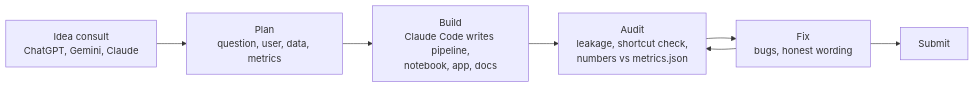
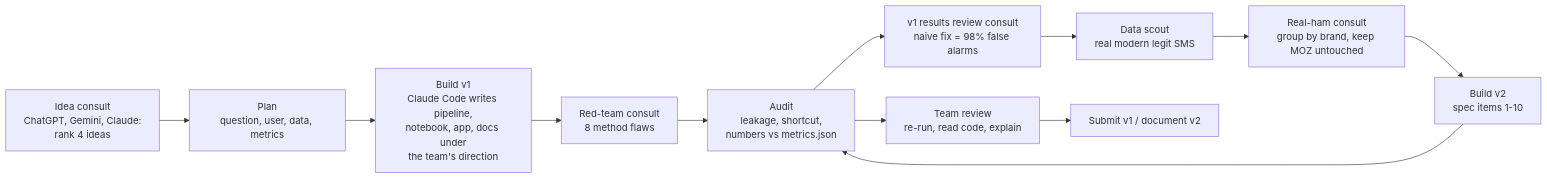
Before and after one commit to KnigguKniggu-droid/scam-drift: the third of 4 diagrams in docs/PLAN.md, drawn with Mermaid. The commit also changed other lines of this file and 28 other files, not shown here.

Commit message:
Post-deadline v2 (Nov 18): real-legit fix variants, three-tier triage, half-life, learning curve, multilingual pairing, audits

````diff
--- a/docs/PLAN.md
+++ b/docs/PLAN.md
@@ -46,9 +64,14 @@
 ```mermaid
 flowchart LR
-    I[Idea consult<br/>ChatGPT, Gemini, Claude] --> P[Plan<br/>question, user, data, metrics]
-    P --> B[Build<br/>Claude Code writes pipeline,<br/>notebook, app, docs]
-    B --> A[Audit<br/>leakage, shortcut check,<br/>numbers vs metrics.json]
-    A --> F[Fix<br/>bugs, honest wording]
-    F --> A
-    F --> S[Submit]
+    I[Idea consult<br/>ChatGPT, Gemini, Claude:<br/>rank 4 ideas] --> P[Plan<br/>question, user, data, metrics]
+    P --> B[Build v1<br/>Claude Code writes pipeline,<br/>notebook, app, docs under<br/>the team's direction]
+    B --> RT[Red-team consult<br/>8 method flaws]
+    RT --> A[Audit<br/>leakage, shortcut,<br/>numbers vs metrics.json]
+    A --> V1[v1 results review consult<br/>naive fix = 98% false alarms]
+    V1 --> D[Data scout<br/>real modern legit SMS]
+    D --> RH[Real-ham consult<br/>group by brand, keep MOZ untouched]
+    RH --> B2[Build v2<br/>spec items 1-10]
+    B2 --> A
+    A --> T[Team review<br/>re-run, read code, explain]
+    T --> S[Submit v1 / document v2]
 ```
````
